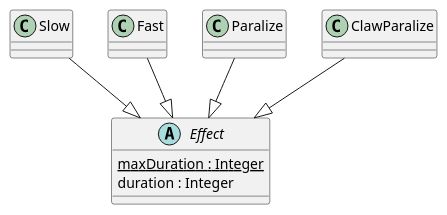
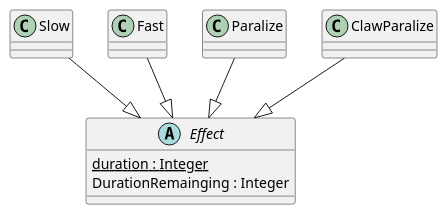
One commit to Petya-G/fungorium changed the diagram in 3/classes/effect.puml. Above: the diagram before and after it, drawn with PlantUML.

Commit message:
changed effect

```diff
--- a/3/classes/effect.puml
+++ b/3/classes/effect.puml
@@ -1,25 +1,25 @@
 @startuml effect
 
 abstract class Effect{
-    {static} maxDuration : Integer
-    duration : Integer
+    {static} duration : Integer
+    DurationRemainging : Integer
 }
 
 Slow --|> Effect
 class Slow {
 }
 
 Fast --|> Effect
 class Fast {
 }
 
 Paralize --|> Effect
 class Paralize {
 }
 
 ClawParalize --|> Effect
 class ClawParalize {
 }
 
 
 @enduml
```
